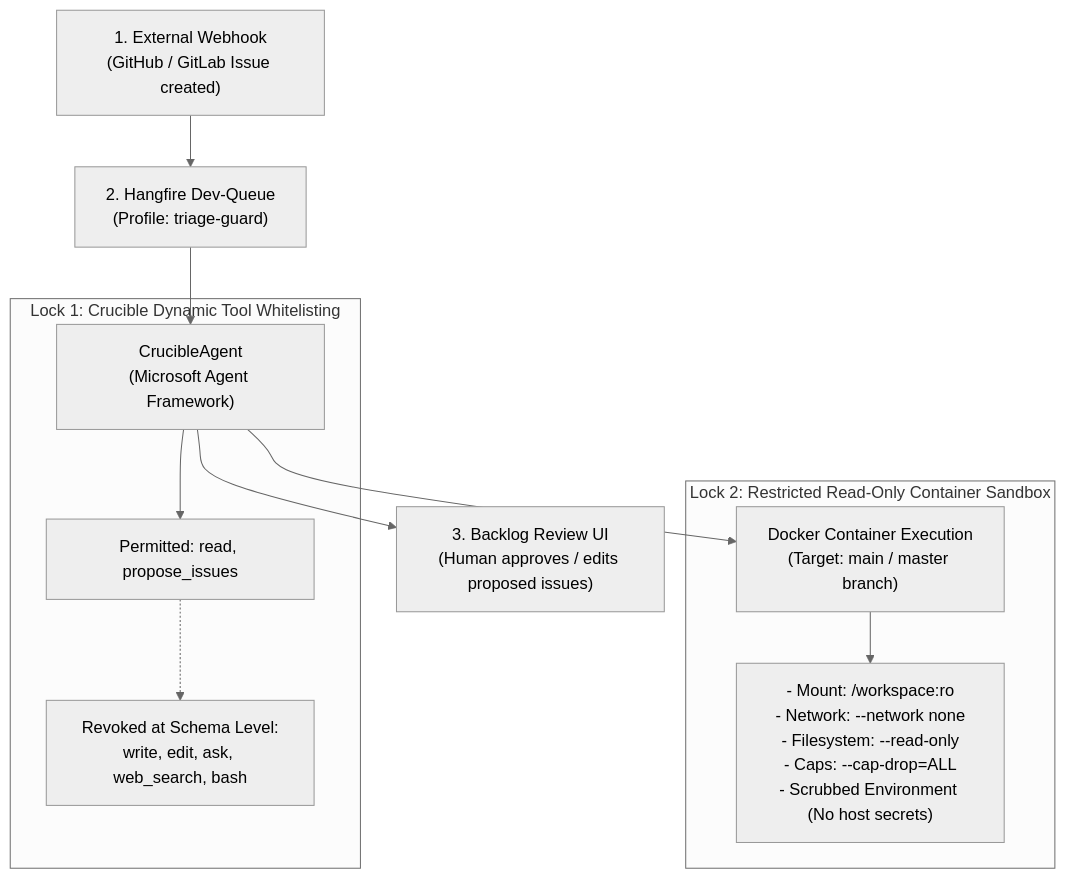
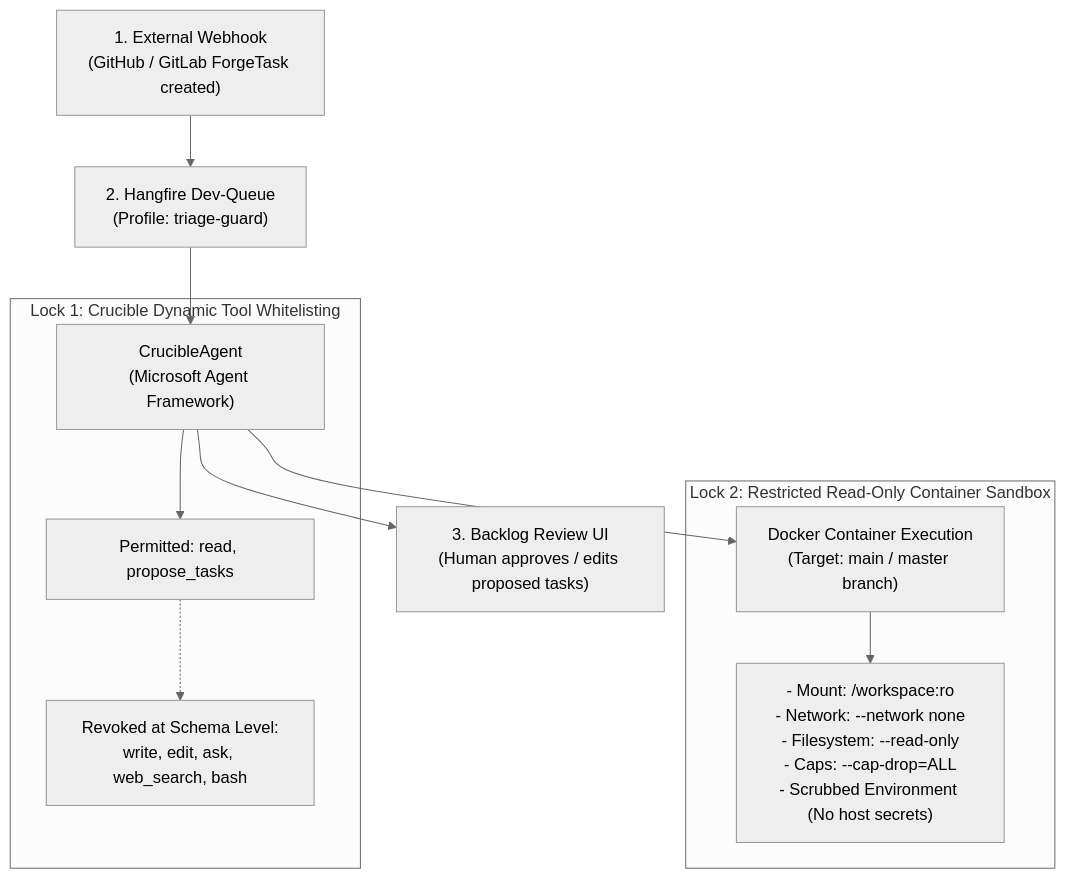
The tenth of 22 diagrams in docs/ARCHITECTURE.md (jetelain/NightCodeForge), drawn with Mermaid (neutral theme) before and after one commit. The commit also changed other lines of this file and 151 other files, not shown here.

Commit message:
Issue -> Task

````diff
--- a/docs/ARCHITECTURE.md
+++ b/docs/ARCHITECTURE.md
@@ -639,26 +639,26 @@
 ```mermaid
 flowchart TD
-    Webhook["1. External Webhook\n(GitHub / GitLab Issue created)"]
+    Webhook["1. External Webhook\n(GitHub / GitLab ForgeTask created)"]
     Queue["2. Hangfire Dev-Queue\n(Profile: triage-guard)"]
     
     subgraph Lock1 ["Lock 1: Crucible Dynamic Tool Whitelisting"]
         Crucible["CrucibleAgent\n(Microsoft Agent Framework)"]
-        AllowedTools["Permitted: read, propose_issues"]
+        AllowedTools["Permitted: read, propose_tasks"]
         StrippedTools["Revoked at Schema Level:\nwrite, edit, ask, web_search, bash"]
     end
 
     subgraph Lock2 ["Lock 2: Restricted Read-Only Container Sandbox"]
         Docker["Docker Container Execution\n(Target: main / master branch)"]
         Flags["- Mount: /workspace:ro\n- Network: --network none\n- Filesystem: --read-only\n- Caps: --cap-drop=ALL\n- Scrubbed Environment (No host secrets)"]
     end
 
-    BacklogUI["3. Backlog Review UI\n(Human approves / edits proposed issues)"]
+    BacklogUI["3. Backlog Review UI\n(Human approves / edits proposed tasks)"]
 
     Webhook --> Queue
     Queue --> Crucible
     Crucible --> AllowedTools
     AllowedTools -.-> StrippedTools
     Crucible --> Docker
     Docker --> Flags
     Crucible --> BacklogUI
 ```
````
